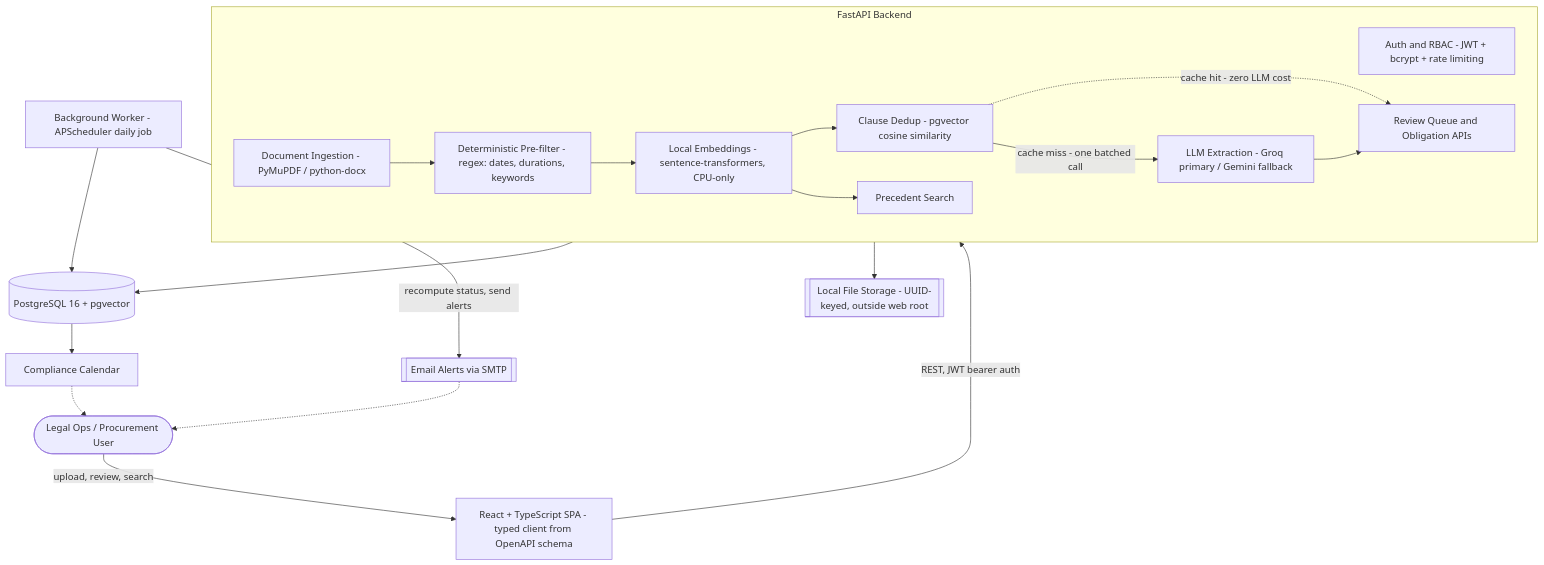
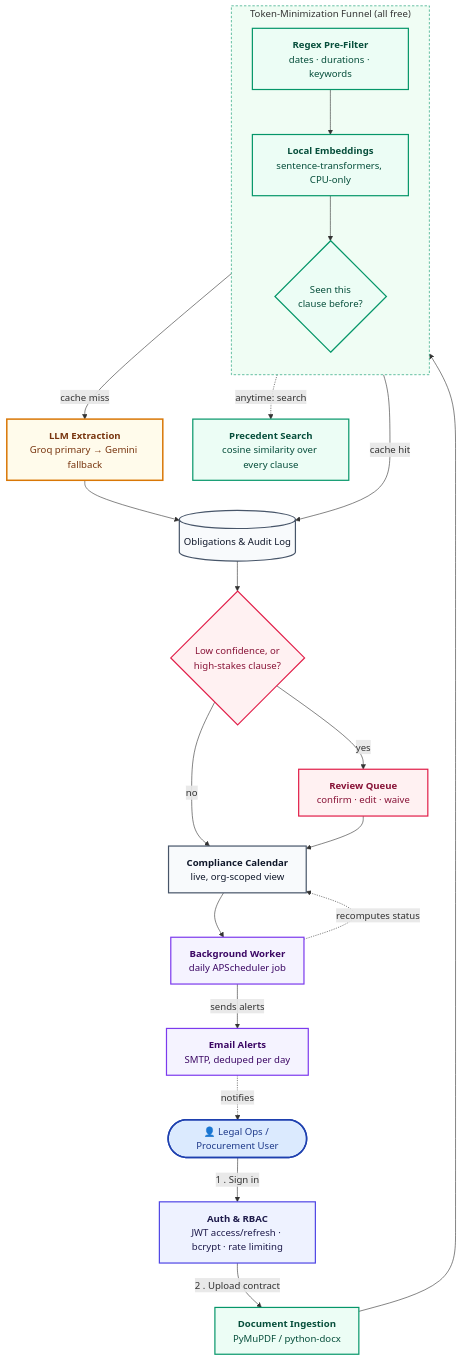
Before and after one commit to Naureen39/contract-lifecycle-manager: the diagram in README.md, drawn with Mermaid. The commit also changed other lines of this file and 1 other file, not shown here.

Commit message:
docs: redesign the architecture diagram as an actual sequential workflow
Replaces the previous service-inventory diagram (backend services boxed
up, mostly disconnected from any real sequence) with the literal path a
contract takes starting from login: sign in, upload, the three free
funnel stages, the one paid LLM stage (entered only on a cache miss),
human review for low-confidence/high-stakes obligations, the compliance
calendar, and the daily alert worker closing the loop back to the user.

Color-coded by cost and who's responsible (free/local vs. paid LLM vs.
human-in-the-loop vs. automated background job), with bold node titles
via Mermaid's markdown-string syntax. Validated by actually rendering
the exact block committed here with @mermaid-js/mermaid-cli, not by
reading the syntax — caught a subgraph-title/node overlap and a decision
node's text wrapping mid-word, both fixed before this landed.

Also documents this pass in the engineering walkthrough, alongside the
two real bugs fixed in the prior commit (cross-org obligation
assignment, PDF preview surviving token expiry).

````diff
--- a/README.md
+++ b/README.md
@@ -101,34 +105,56 @@
 ```mermaid
-flowchart TB
-    User(["Legal Ops / Procurement User"]) -->|"upload, review, search"| FE["React + TypeScript SPA - typed client from OpenAPI schema"]
-    FE -->|"REST, JWT bearer auth"| API
+flowchart TD
+    classDef actor fill:#dbeafe,stroke:#1e40af,stroke-width:2.5px,color:#1e3a8a
+    classDef auth fill:#eef2ff,stroke:#4f46e5,stroke-width:2px,color:#1e1b4b
+    classDef free fill:#ecfdf5,stroke:#059669,stroke-width:2px,color:#064e3b
+    classDef paid fill:#fffbeb,stroke:#d97706,stroke-width:2.5px,color:#78350f
+    classDef review fill:#fff1f2,stroke:#e11d48,stroke-width:2px,color:#881337
+    classDef data fill:#f8fafc,stroke:#475569,stroke-width:2px,color:#0f172a
+    classDef worker fill:#f5f3ff,stroke:#7c3aed,stroke-width:2px,color:#3b0764
 
-    subgraph API["FastAPI Backend"]
-        AuthN["Auth and RBAC - JWT + bcrypt + rate limiting"]
-        Ingestion["Document Ingestion - PyMuPDF / python-docx"]
-        PreFilter["Deterministic Pre-filter - regex: dates, durations, keywords"]
-        Embedding["Local Embeddings - sentence-transformers, CPU-only"]
-        Dedup["Clause Dedup - pgvector cosine similarity"]
-        Extraction["LLM Extraction - Groq primary / Gemini fallback"]
-        Review["Review Queue and Obligation APIs"]
-        Precedents["Precedent Search"]
+    User(["👤 Legal Ops / Procurement User"]):::actor
+
+    User -->|"1 . Sign in"| Auth["`**Auth & RBAC**
+    JWT access/refresh · bcrypt · rate limiting`"]:::auth
+
+    Auth -->|"2 . Upload contract"| Ingest["`**Document Ingestion**
+    PyMuPDF / python-docx`"]:::free
+
+    Ingest --> PreFilter
+
+    subgraph Funnel["Token-Minimization Funnel (all free)"]
+        direction TB
+        PreFilter["`**Regex Pre-Filter**
+        dates · durations · keywords`"]:::free
+        PreFilter --> Embed["`**Local Embeddings**
+        sentence-transformers, CPU-only`"]:::free
+        Embed --> DedupCheck{"`Seen this
+        clause before?`"}:::free
     end
+    style Funnel fill:#f0fdf4,stroke:#059669,stroke-width:1px,stroke-dasharray: 4 3
 
-    Ingestion --> PreFilter
-    PreFilter --> Embedding
-    Embedding --> Dedup
-    Dedup -->|"cache miss - one batched call"| Extraction
-    Dedup -.->|"cache hit - zero LLM cost"| Review
-    Extraction --> Review
-    Embedding --> Precedents
+    DedupCheck -->|"cache hit"| Persist
+    DedupCheck -->|"cache miss"| LLM["`**LLM Extraction**
+    Groq primary → Gemini fallback`"]:::paid
 
-    API --> DB[("PostgreSQL 16 + pgvector")]
-    API --> FS[["Local File Storage - UUID-keyed, outside web root"]]
+    LLM --> Persist[("Obligations & Audit Log")]:::data
 
-    Worker["Background Worker - APScheduler daily job"] --> DB
-    Worker -->|"recompute status, send alerts"| Email[["Email Alerts via SMTP"]]
+    Persist --> ReviewCheck{"`Low confidence, or
+    high-stakes clause?`"}:::review
+    ReviewCheck -->|"yes"| Queue["`**Review Queue**
+    confirm · edit · waive`"]:::review
+    ReviewCheck -->|"no"| Calendar
+    Queue --> Calendar["`**Compliance Calendar**
+    live, org-scoped view`"]:::data
 
-    DB --> Calendar["Compliance Calendar"]
-    Calendar -.-> User
-    Email -.-> User
+    Calendar --> Worker["`**Background Worker**
+    daily APScheduler job`"]:::worker
+    Worker -.->|"recomputes status"| Calendar
+    Worker -->|"sends alerts"| Alert["`**Email Alerts**
+    SMTP, deduped per day`"]:::worker
+
+    Alert -.->|"notifies"| User
+
+    Embed -.->|"anytime: search"| Search["`**Precedent Search**
+    cosine similarity over every clause`"]:::free
 ```
````
